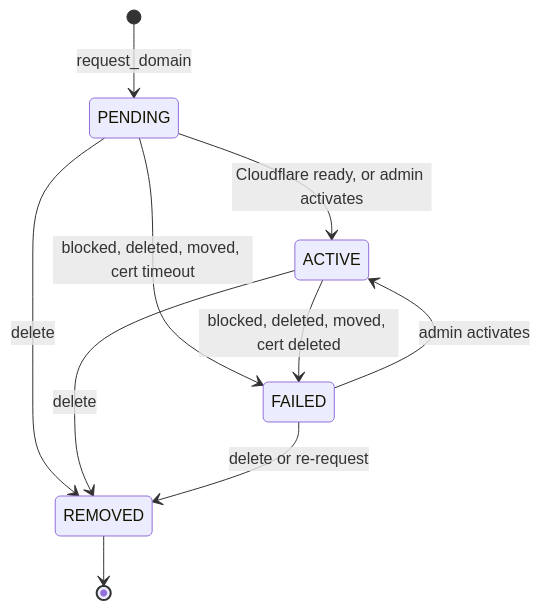
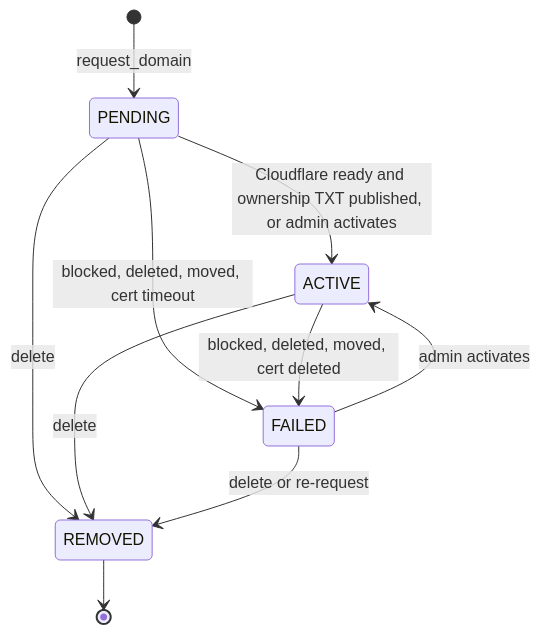
The third of 3 diagrams in docs/architecture/white-label.md (letsrevel/revel-backend), drawn with Mermaid before and after one commit. The commit also changed other lines of this file and 6 other files, not shown here.

````diff
--- a/docs/architecture/white-label.md
+++ b/docs/architecture/white-label.md
@@ -361,12 +373,12 @@
 ```mermaid
 stateDiagram-v2
     [*] --> PENDING: request_domain
-    PENDING --> ACTIVE: Cloudflare ready, or admin activates
+    PENDING --> ACTIVE: Cloudflare ready and ownership TXT published, or admin activates
     PENDING --> FAILED: blocked, deleted, moved, cert timeout
     ACTIVE --> FAILED: blocked, deleted, moved, cert deleted
     FAILED --> ACTIVE: admin activates
     PENDING --> REMOVED: delete
     ACTIVE --> REMOVED: delete
     FAILED --> REMOVED: delete or re-request
     REMOVED --> [*]
 ```
````
